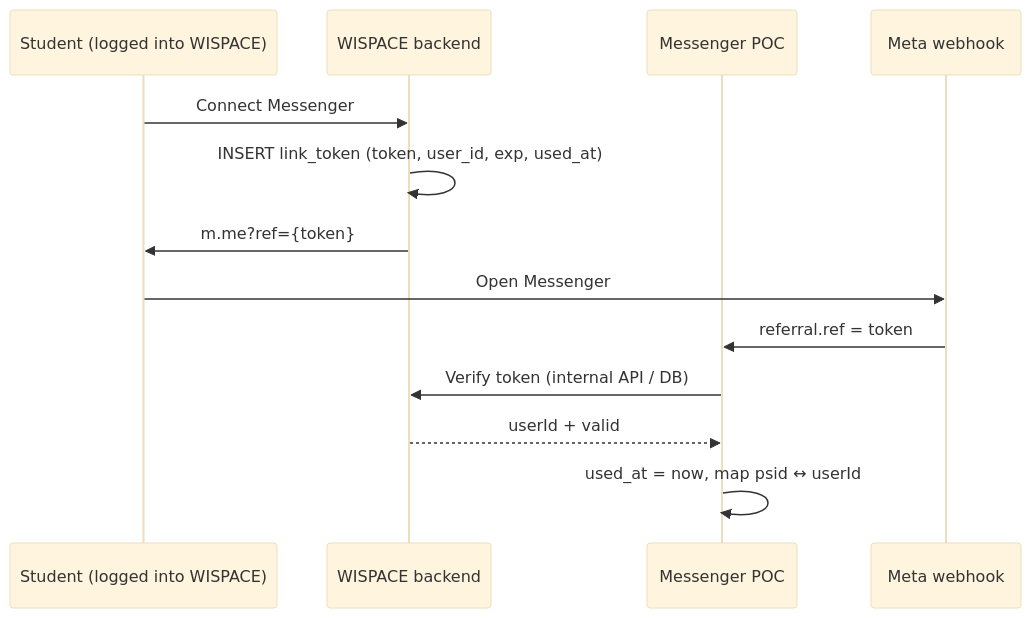
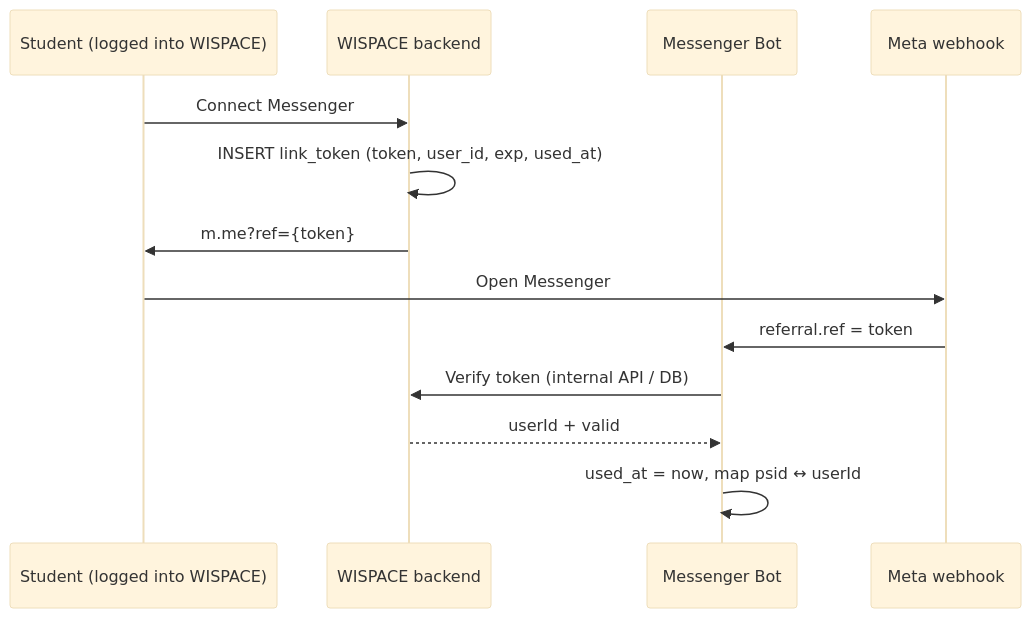
One commit to lengocanh2005it/wispace-bot changed the diagram in apps/messenger-bot/docs/messenger-link-security.md. Above: the diagram before and after it, drawn with Mermaid (base theme). The commit also changed other lines of this file and 20 other files, not shown here.

````diff
--- a/apps/messenger-bot/docs/messenger-link-security.md
+++ b/apps/messenger-bot/docs/messenger-link-security.md
@@ -101,16 +101,16 @@
 ```mermaid
 sequenceDiagram
   participant U as Student (logged into WISPACE)
   participant W as WISPACE backend
-  participant M as Messenger POC
+  participant M as Messenger Bot
   participant F as Meta webhook
 
   U->>W: Connect Messenger
   W->>W: INSERT link_token (token, user_id, exp, used_at)
   W->>U: m.me?ref={token}
   U->>F: Open Messenger
   F->>M: referral.ref = token
   M->>W: Verify token (internal API / DB)
   W-->>M: userId + valid
   M->>M: used_at = now, map psid ↔ userId
 ```
````
